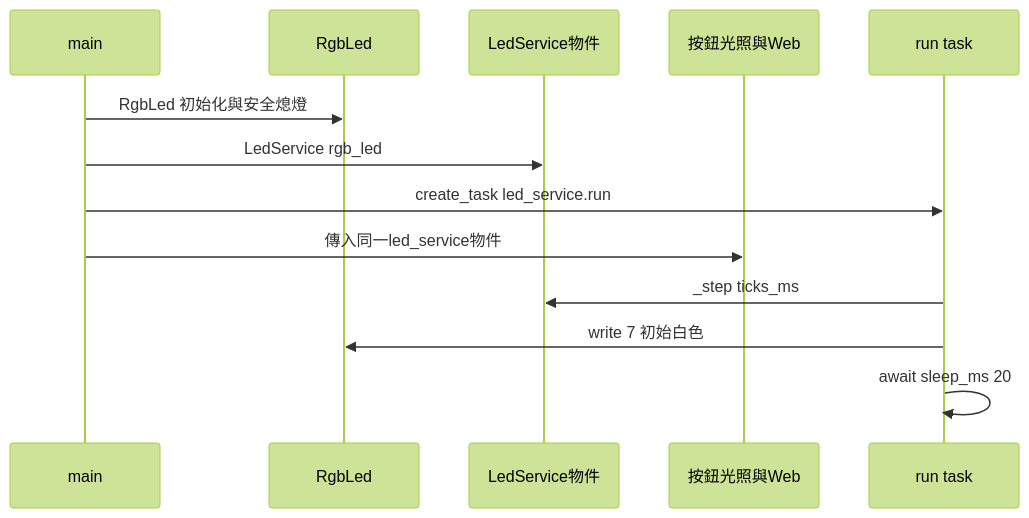
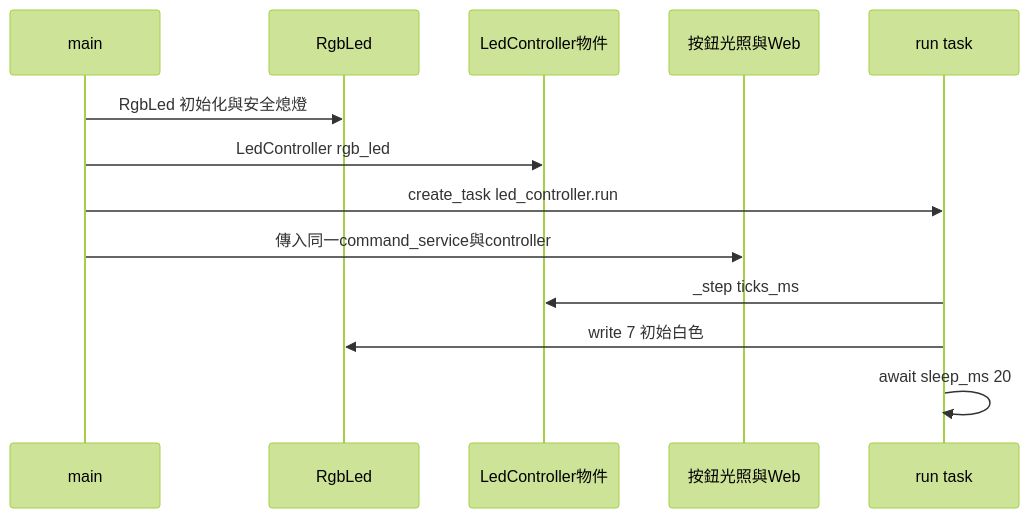
The fourth of 21 diagrams in LED_SINGLE_OWNER_GUIDE.md (change918418-tech/IoT_Course), drawn with Mermaid (forest theme) before and after one commit. The commit also changed other lines of this file and 2 other files, not shown here.

Commit message:
docs: synchronize P1 LED guides and config instructions

````diff
--- a/LED_SINGLE_OWNER_GUIDE.md
+++ b/LED_SINGLE_OWNER_GUIDE.md
@@ -449,15 +449,15 @@
 ```mermaid
 sequenceDiagram
     participant Main as main
     participant Hardware as RgbLed
-    participant Service as LedService物件
+    participant Controller as LedController物件
     participant Sources as 按鈕光照與Web
     participant Owner as run task
     Main->>Hardware: RgbLed 初始化與安全熄燈
-    Main->>Service: LedService rgb_led
-    Main->>Owner: create_task led_service.run
-    Main->>Sources: 傳入同一led_service物件
-    Owner->>Service: _step ticks_ms
+    Main->>Controller: LedController rgb_led
+    Main->>Owner: create_task led_controller.run
+    Main->>Sources: 傳入同一command_service與controller
+    Owner->>Controller: _step ticks_ms
     Owner->>Hardware: write 7 初始白色
     Owner->>Owner: await sleep_ms 20
 ```
````
